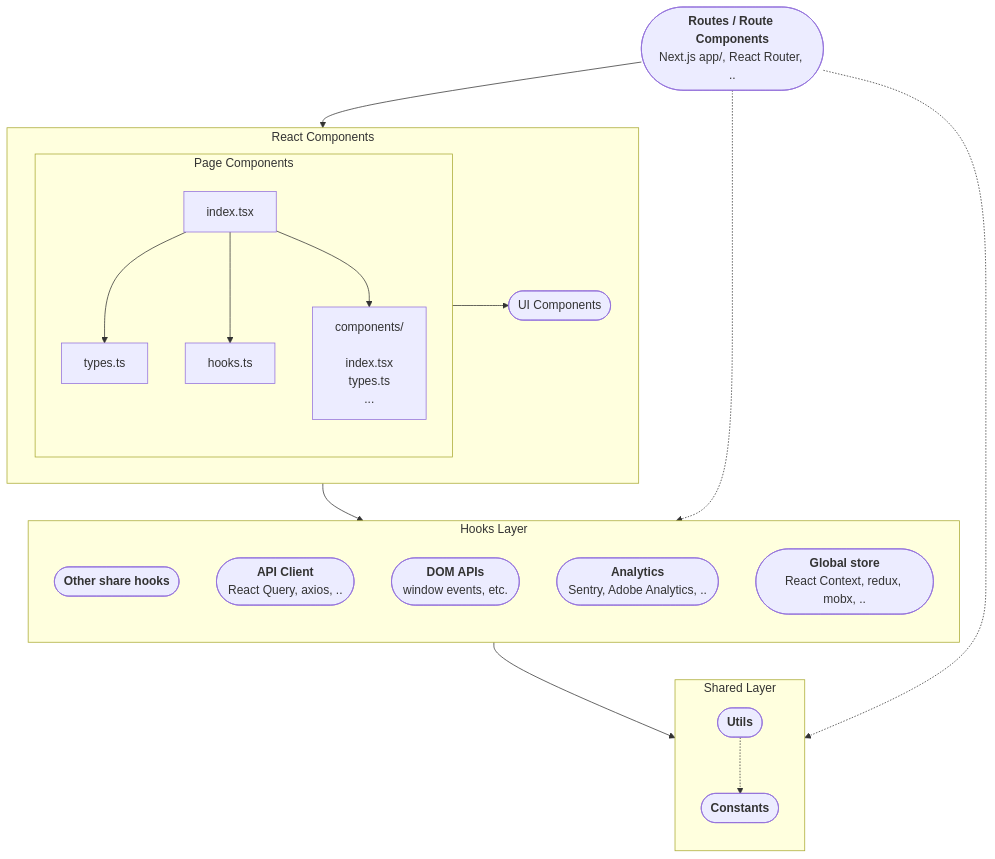
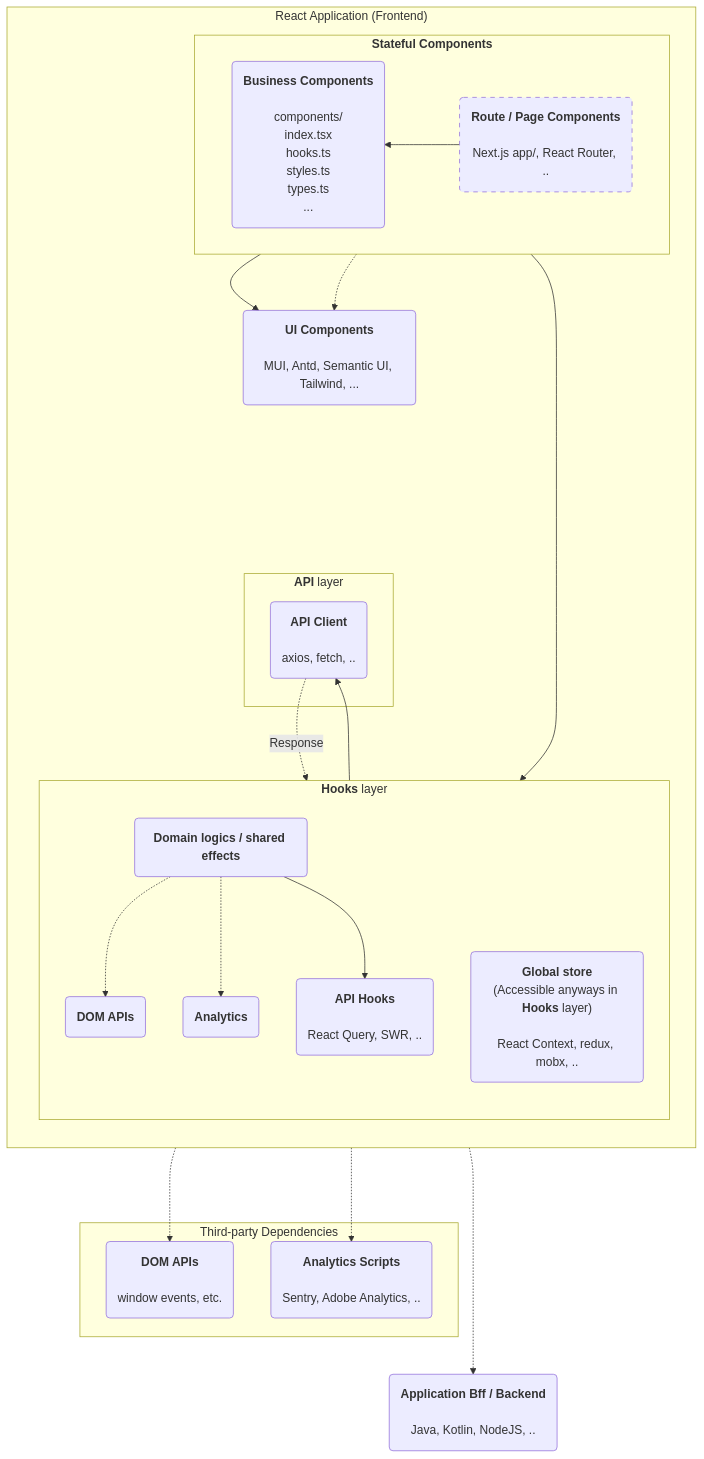
Before and after one commit to EthanLin-TWer/blog: the second of 3 diagrams in _posts/2023-12-10-react-unit-testing-best-practices.md, drawn with Mermaid. The commit also changed other lines of this file, not shown here.

Commit message:
🤖 Deploying to gh-pages from master b52ebb73

````diff
--- a/_posts/2023-12-10-react-unit-testing-best-practices.md
+++ b/_posts/2023-12-10-react-unit-testing-best-practices.md
@@ -97,62 +97,82 @@
 ```mermaid
 flowchart TB
-  route([<b>Routes / Route Components</b><br>Next.js app/, React Router, ..])
-  ui_components([UI Components])
-  shared_hooks([<b>Other share hooks</b>])
-  api([<b>API Client</b><br/>React Query, axios,  ..])
-  dom_effects([<b>DOM APIs</b><br/>window events, etc.])
-  analytics([<b>Analytics</b><br/>Sentry, Adobe Analytics, ..])
-  global_store([<b>Global store</b><br/>React Context, redux, mobx, ..])
+  %% components layer
+  route_components(<b>Route / Page Components</b><br/><br/>Next.js app/, React Router, ..)
+  business_components(<b>Business Components</b><br/><br/>components/<br/>index.tsx<br/>hooks.ts<br/>styles.ts<br/>types.ts<br/>...)
+  ui_components(<b>UI Components</b><br/><br/>MUI, Antd, Semantic UI, Tailwind, ...)
+        
+  %% hooks layer
+  shared_hooks(<b>Domain logics / shared effects</b>)
+  dom_hooks(<b>DOM APIs</b>)
+  analytics_hooks(<b>Analytics</b>)
+  global_store("<b>Global store</b><br/>(Accessible anyways in <b>Hooks</b> layer)<br/><br/>React Context, redux, mobx, ..")
+  api_hooks(<b>API Hooks</b><br/><br/>React Query, SWR, ..)
+
+  api_client(<b>API Client</b><br/><br/>axios, fetch, ..)
+  
+%%  utils(<b>Utils</b>)
+%%  constants(<b>Constants</b>)
+  
+  %% outside of boundaries
+  bff(<b>Application Bff / Backend</b><br/><br/>Java, Kotlin, NodeJS, ..)
+  deps_dom_apis(<b>DOM APIs</b><br/><br/>window events, etc.)
+  deps_analytics(<b>Analytics Scripts</b><br/><br/>Sentry, Adobe Analytics, ..)
+        
+  style route_components stroke-dasharray: 6 6
+
+  subgraph app ["React Application (Frontend)"];
+    direction TB
+    subgraph stateful_components [<b>Stateful Components</b>]
+      direction RL
+      route_components
+      business_components
+    end
+    ui_components
     
-  utils([<b>Utils</b>])
-  constants([<b>Constants</b>])
+    route_components --> business_components
+    business_components --> ui_components
+    route_components -.-> ui_components
+    
+    subgraph hooks_layer [<b>Hooks</b> layer];
+      direction TB
+      global_store
+      shared_hooks
+      analytics_hooks
+      dom_hooks
+      api_hooks
 
-  component_index[index.tsx]
-  component_types[types.ts]
-  component_hooks[hooks.ts]
-  component_sub_components["components/<br/><br/>    index.tsx<br/>    types.ts<br/>    ..."]
+      shared_hooks -.-> dom_hooks
+      shared_hooks -.-> analytics_hooks
+      shared_hooks --> api_hooks
+%%      api_hooks -. ResponseDTO .-> shared_hooks
+    end
+    stateful_components ------> hooks_layer
+    
+    subgraph api_layer [<b>API</b> layer]
+      api_client
+      
+      api_hooks --> api_client
+      api_client -. "Response" .-> api_hooks
+    end
+          
+%%    subgraph shared_layer ["<b>Shared</b> layer<br/>(Accessible by all layers)"];
+%%      direction LR
+%%      utils
+%%      constants
+%%    end
+          
+%%    stateful_components -.-> shared_layer
+%%    ui_components -.-> shared_layer
+%%    hooks_layer --> shared_layer
+%%    api_layer --> shared_layer
+  end
 
-  subgraph page_components [Page Components]
-    direction TB
-    component_index
-    component_types
-    component_hooks
-    component_sub_components
-
-    component_index --> component_types
-    component_index --> component_hooks
-    component_index --> component_sub_components
+  api_layer -...-> bff
+  
+  subgraph 3rd_party_deps ["Third-party Dependencies"]; 
+    deps_dom_apis
+    deps_analytics
   end
-  
-  route --> components
-  subgraph components [React Components]; 
-    page_components
-    ui_components
-    page_components --> ui_components
-  end
-  
-  components --> hooks
-  route -.-> hooks
-  subgraph hooks [Hooks Layer];
-    direction TB
-    shared_hooks
-    api
-    dom_effects
-    analytics
-    global_store
-  end
-  
-  subgraph tools [Shared Layer]
-    direction TB
-    utils
-    constants
-
-    %% this can happen too
-    utils -.-> constants
-  end
-  
-  hooks --> tools
-  %%  this can happen, but just to make the layers more explicit
-  %%components --> tools
-  route -.-> tools
+  dom_hooks -..-> deps_dom_apis
+  analytics_hooks -..-> deps_analytics 
 ```
````
